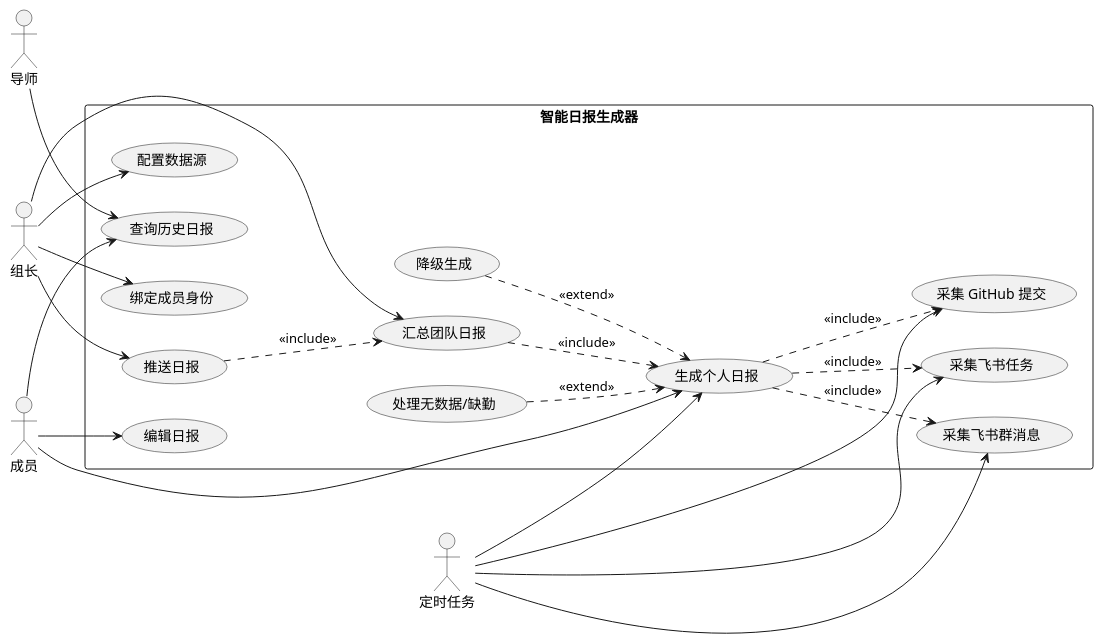
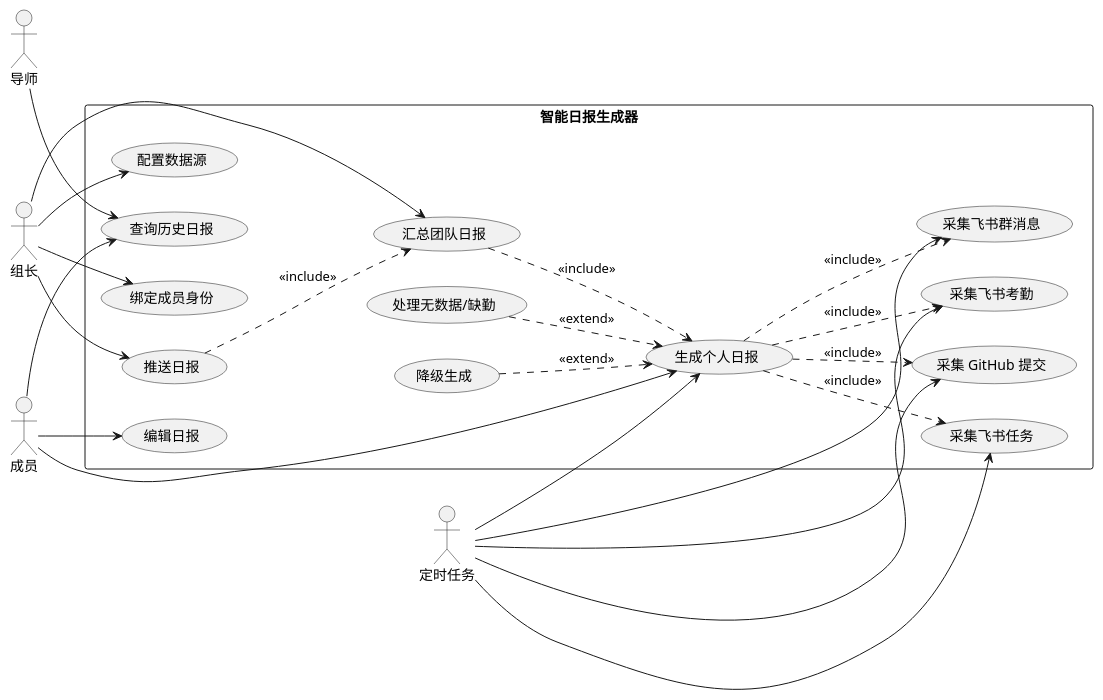
The diagram in v1-sdd/specs/uml/use-case.puml (lixiyi111/WorkDailyReport), drawn with PlantUML before and after one commit. The commit also changed 12 other files, not shown here.

```diff
--- a/v1-sdd/specs/uml/use-case.puml
+++ b/v1-sdd/specs/uml/use-case.puml
@@ -1,47 +1,50 @@
 @startuml
 ' 智能日报生成器 · 用例图
 left to right direction
 skinparam packageStyle rectangle
 
 actor "成员" as Member
 actor "组长" as Leader
 actor "导师" as Mentor
 actor "定时任务" as Scheduler
 
 rectangle "智能日报生成器" {
   usecase "采集 GitHub 提交" as UC1
   usecase "采集飞书任务" as UC2
   usecase "采集飞书群消息" as UC3
   usecase "绑定成员身份" as UC4
   usecase "生成个人日报" as UC5
   usecase "汇总团队日报" as UC6
   usecase "推送日报" as UC7
   usecase "查询历史日报" as UC8
   usecase "编辑日报" as UC9
   usecase "配置数据源" as UC10
   usecase "处理无数据/缺勤" as UC11
   usecase "降级生成" as UC12
+  usecase "采集飞书考勤" as UC13
 }
 
 Member --> UC8
 Member --> UC9
 Member --> UC5
 Leader --> UC4
 Leader --> UC6
 Leader --> UC7
 Leader --> UC10
 Mentor --> UC8
 Scheduler --> UC1
 Scheduler --> UC2
 Scheduler --> UC3
+Scheduler --> UC13
 Scheduler --> UC5
 
 UC5 ..> UC1 : <<include>>
 UC5 ..> UC2 : <<include>>
 UC5 ..> UC3 : <<include>>
+UC5 ..> UC13 : <<include>>
 UC6 ..> UC5 : <<include>>
 UC7 ..> UC6 : <<include>>
 UC11 ..> UC5 : <<extend>>
 UC12 ..> UC5 : <<extend>>
 
 @enduml
```
